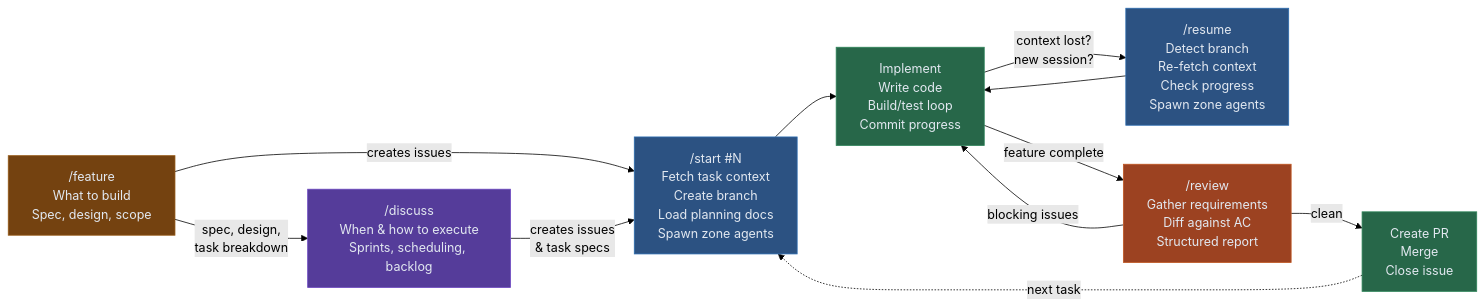
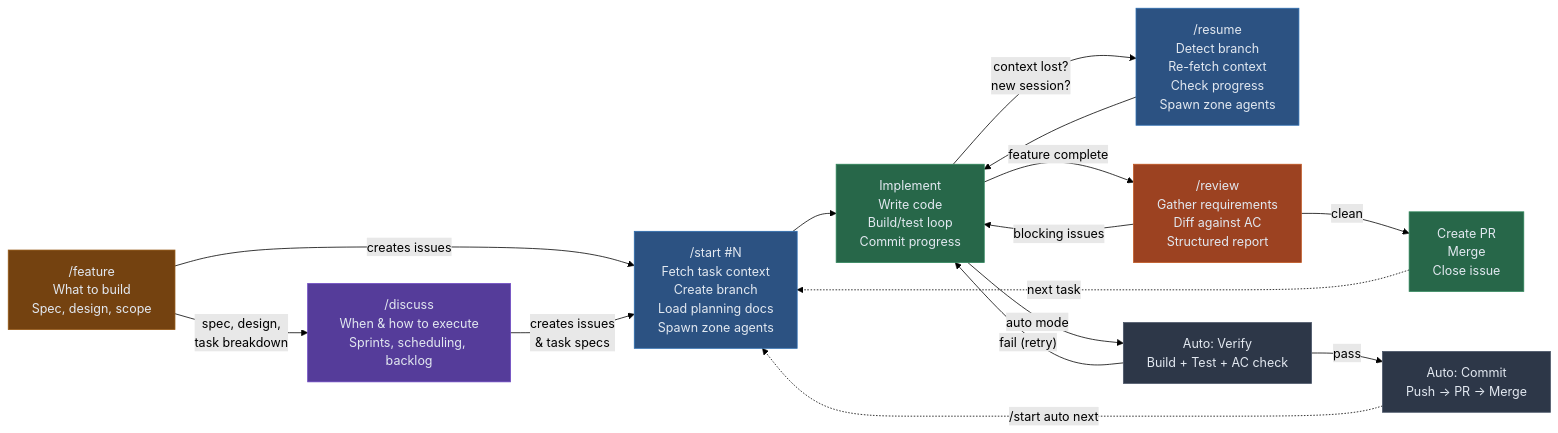
Before and after one commit to StudioMopoke/agentic-bootstrap: the third of 6 diagrams in README.md, drawn with Mermaid (forest theme). The commit also changed other lines of this file and 1 other file, not shown here.

First line of the commit message:
Add auto mode, GitHub utility scripts, and GitHub-first provider support

````diff
--- a/README.md
+++ b/README.md
@@ -113,29 +114,37 @@
 ```mermaid
 flowchart LR
     feature["/feature\nWhat to build\nSpec, design, scope"]
     discuss["/discuss\nWhen & how to execute\nSprints, scheduling, backlog"]
     start["/start #N\nFetch task context\nCreate branch\nLoad planning docs\nSpawn zone agents"]
     implement["Implement\nWrite code\nBuild/test loop\nCommit progress"]
     resume["/resume\nDetect branch\nRe-fetch context\nCheck progress\nSpawn zone agents"]
     review["/review\nGather requirements\nDiff against AC\nStructured report"]
     pr["Create PR\nMerge\nClose issue"]
+    verify["Auto: Verify\nBuild + Test + AC check"]
+    autopr["Auto: Commit\nPush → PR → Merge"]
 
     feature -- "spec, design,\ntask breakdown" --> discuss
     feature -- "creates issues" --> start
     discuss -- "creates issues\n& task specs" --> start
     start --> implement
     implement -- "context lost?\nnew session?" --> resume
     resume --> implement
     implement -- "feature complete" --> review
+    implement -- "auto mode" --> verify
+    verify -- "pass" --> autopr
+    verify -- "fail (retry)" --> implement
+    autopr -. "/start auto next" .-> start
     review -- "blocking issues" --> implement
     review -- "clean" --> pr
     pr -. "next task" .-> start
 
     style feature fill:#744210,color:#e2e8f0,stroke:#975a16
     style discuss fill:#553c9a,color:#e2e8f0,stroke:#6b46c1
     style start fill:#2c5282,color:#e2e8f0,stroke:#2b6cb0
     style implement fill:#276749,color:#e2e8f0,stroke:#2f855a
     style resume fill:#2c5282,color:#e2e8f0,stroke:#2b6cb0
     style review fill:#9c4221,color:#e2e8f0,stroke:#c05621
     style pr fill:#276749,color:#e2e8f0,stroke:#2f855a
+    style verify fill:#2d3748,color:#e2e8f0,stroke:#4a5568
+    style autopr fill:#2d3748,color:#e2e8f0,stroke:#4a5568
 ```
````
